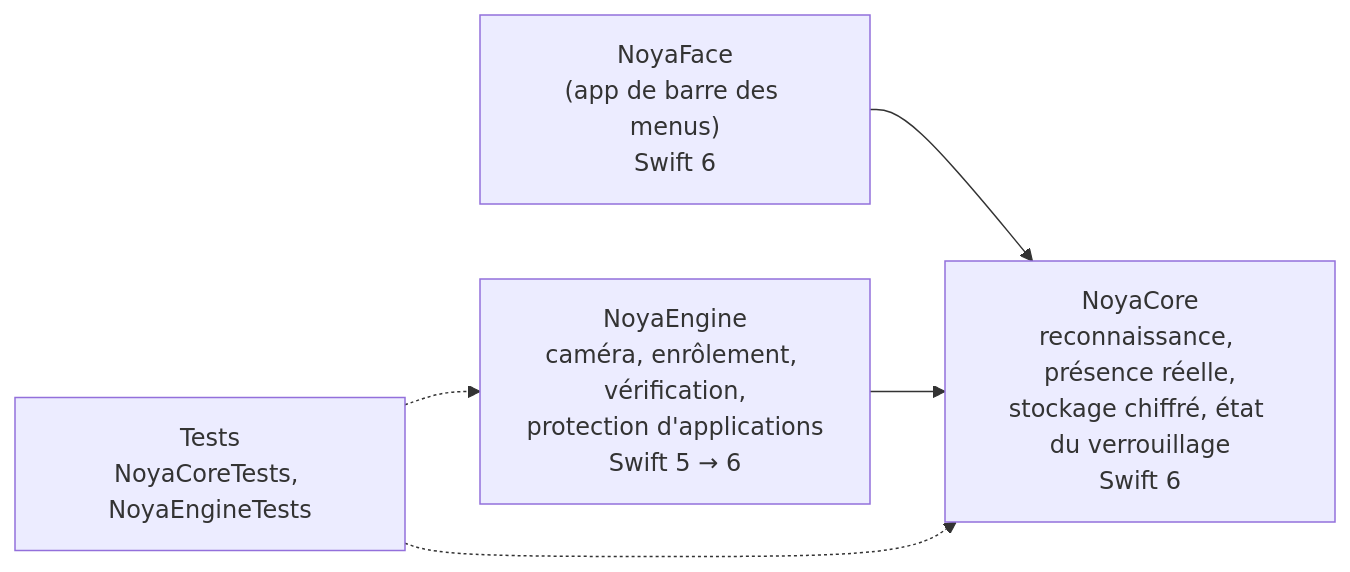
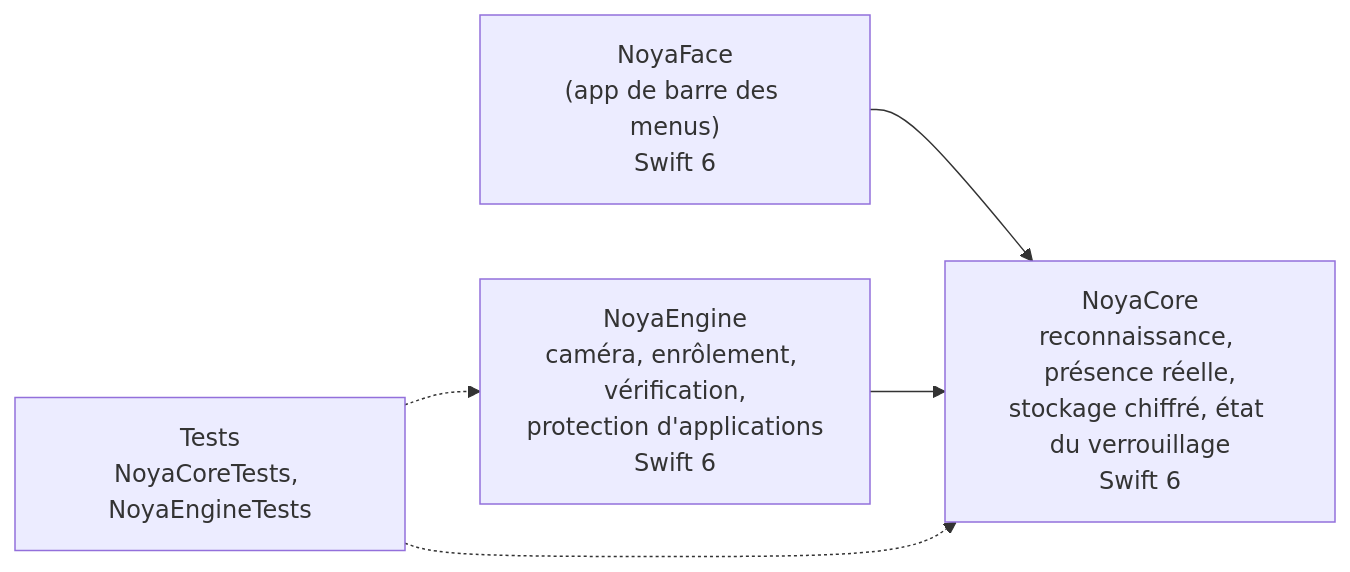
The first of 2 diagrams in docs/ARCHITECTURE.md (elit28/Noya-FaceID), drawn with Mermaid before and after one commit. The commit also changed other lines of this file and 1 other file, not shown here.

Commit message:
docs : avancement des jalons J1, J2 et J4
Claude-Session: https://claude.ai/code/session_01TiQW7r1yUH2R8Lhtyncpzy

````diff
--- a/docs/ARCHITECTURE.md
+++ b/docs/ARCHITECTURE.md
@@ -7,7 +7,7 @@
 ```mermaid
 flowchart LR
     APP["NoyaFace<br/>(app de barre des menus)<br/>Swift 6"] --> CORE["NoyaCore<br/>reconnaissance, présence réelle,<br/>stockage chiffré, état du verrouillage<br/>Swift 6"]
-    ENG["NoyaEngine<br/>caméra, enrôlement, vérification,<br/>protection d'applications<br/>Swift 5 → 6"] --> CORE
+    ENG["NoyaEngine<br/>caméra, enrôlement, vérification,<br/>protection d'applications<br/>Swift 6"] --> CORE
     TESTS["Tests<br/>NoyaCoreTests, NoyaEngineTests"] -.-> CORE
     TESTS -.-> ENG
 ```
````
